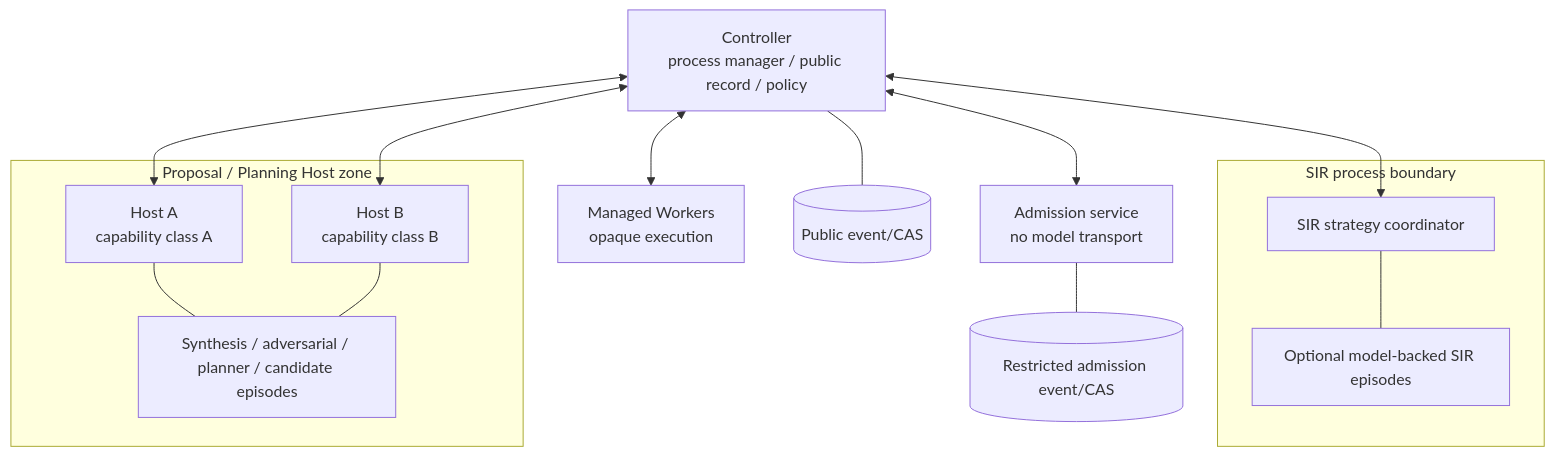
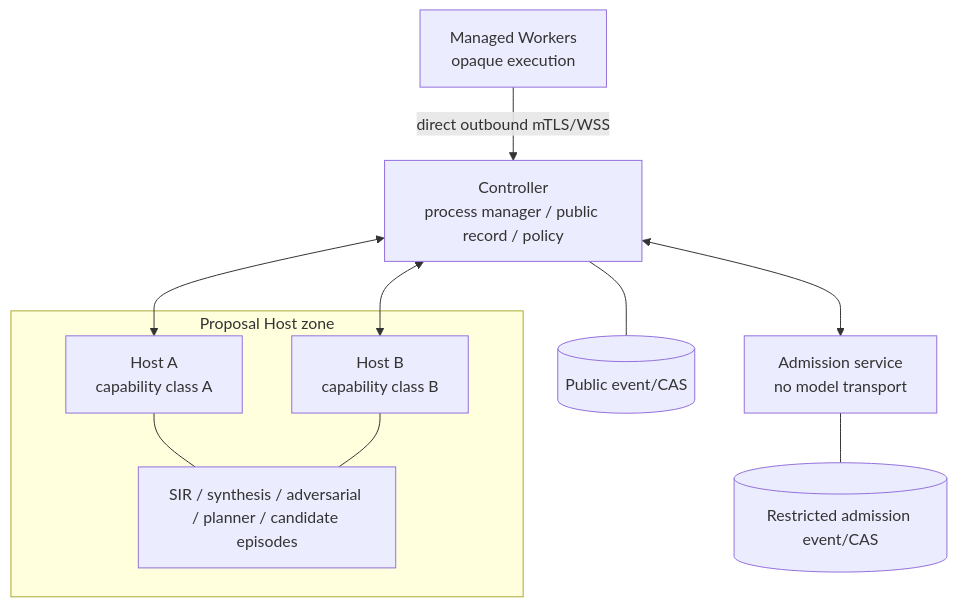
Before and after one commit to ascendresearch/cairn: the second of 2 diagrams in docs/design/AGENT_ARCHITECTURE.md, drawn with Mermaid. The commit also changed other lines of this file and 18 other files, not shown here.

Commit message:
docs: freeze agent-loop workflow architecture

````diff
--- a/docs/design/AGENT_ARCHITECTURE.md
+++ b/docs/design/AGENT_ARCHITECTURE.md
@@ -466,31 +466,24 @@
 ```mermaid
 flowchart TB
     controller["Controller\nprocess manager / public record / policy"]
 
-    subgraph sirzone["SIR process boundary"]
-      sir["SIR strategy coordinator"]
-      sirepisodes["Optional model-backed SIR episodes"]
-      sir --- sirepisodes
-    end
-
-    subgraph proposalzone["Proposal / Planning Host zone"]
+    subgraph proposalzone["Proposal Host zone"]
       hosta["Host A\ncapability class A"]
       hostb["Host B\ncapability class B"]
-      episodes["Synthesis / adversarial / planner / candidate episodes"]
+      episodes["SIR / synthesis / adversarial / planner / candidate episodes"]
       hosta --- episodes
       hostb --- episodes
     end
 
     admission["Admission service\nno model transport"]
     workers["Managed Workers\nopaque execution"]
     public[("Public event/CAS")]
     restricted[("Restricted admission event/CAS")]
 
-    controller <--> sir
     controller <--> hosta
     controller <--> hostb
     controller <--> admission
-    controller <--> workers
+    workers -->|"direct outbound mTLS/WSS"| controller
     controller --- public
     admission --- restricted
 ```
````
